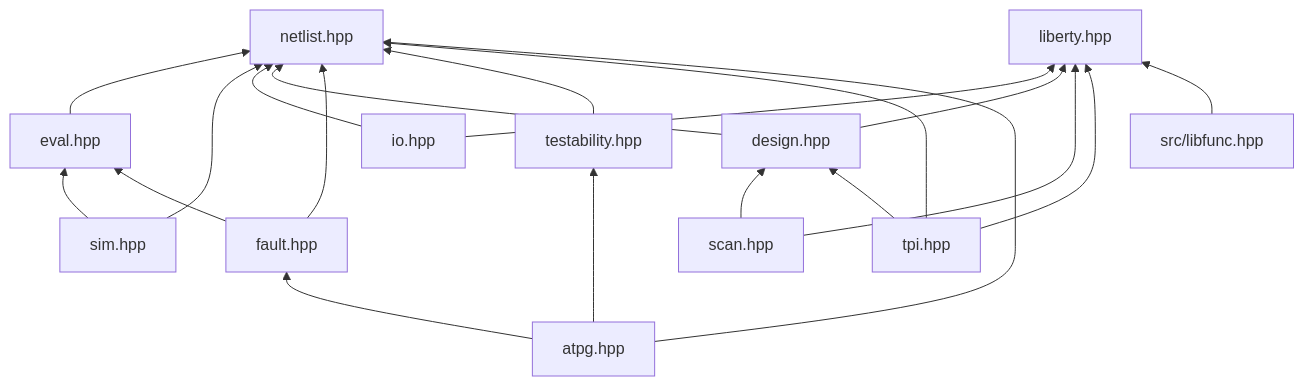
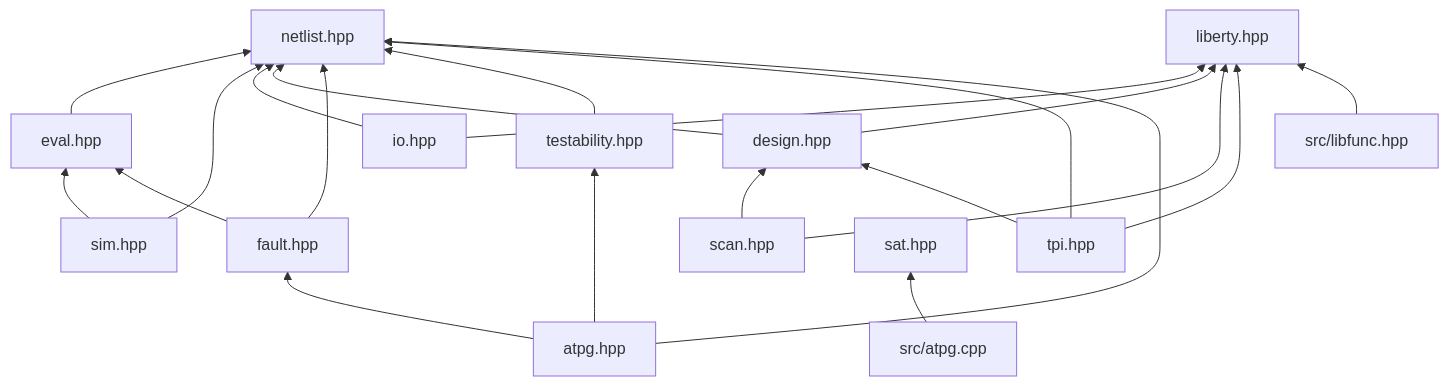
One commit to rithlean/rithereal changed the ninth of 10 diagrams in docs/architecture.md. Above: the diagram before and after it, drawn with Mermaid. The commit also changed other lines of this file and 11 other files, not shown here.

````diff
--- a/docs/architecture.md
+++ b/docs/architecture.md
@@ -190,15 +190,16 @@
 ```mermaid
 flowchart BT
   netlist["netlist.hpp"]
   eval["eval.hpp"] --> netlist
   sim["sim.hpp"] --> eval & netlist
   liberty["liberty.hpp"]
   io["io.hpp"] --> liberty & netlist
   design["design.hpp"] --> liberty & netlist
   fault["fault.hpp"] --> eval & netlist
   testability["testability.hpp"] --> netlist
   scan["scan.hpp"] --> design & liberty
   tpi["tpi.hpp"] --> design & liberty & netlist
   atpg["atpg.hpp"] --> fault & testability & netlist
+  atpgcpp["src/atpg.cpp"] --> sat["sat.hpp"]
   libfunc["src/libfunc.hpp"] --> liberty
 ```
````
